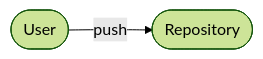
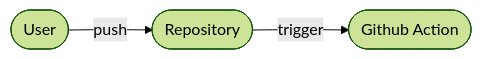
One commit to ShaharNaveh/ShaharNaveh.github.io changed the diagram in content/blog/cicd-your-resume/index.md. Above: the diagram before and after it, drawn with Mermaid (forest theme).

````diff
--- a/content/blog/cicd-your-resume/index.md
+++ b/content/blog/cicd-your-resume/index.md
@@ -17,6 +17,8 @@
 ```mermaid
 flowchart LR
   user([User])
   repository([Repository])
+  action([Github Action])
   user-->|push|repository
+  repository-->|trigger|action
 ```
````
